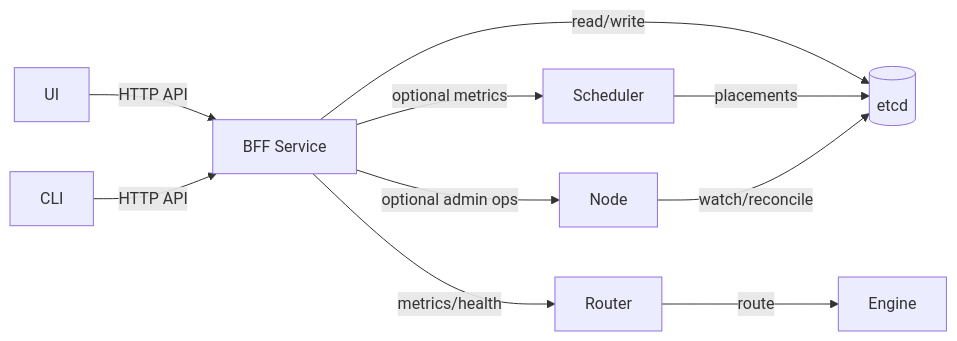
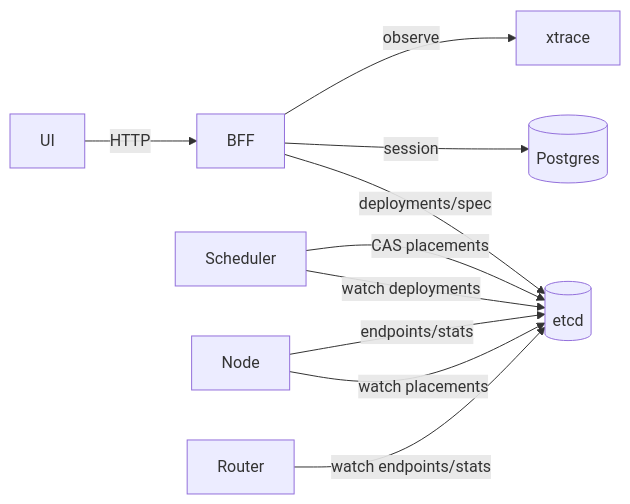
Before and after one commit to EeroEternal/nebula: the diagram in docs/dev/bff/architecture.md, drawn with Mermaid. The commit also changed other lines of this file and 27 other files, not shown here.

````diff
--- a/docs/dev/bff/architecture.md
+++ b/docs/dev/bff/architecture.md
@@ -5,14 +8,12 @@
 ```mermaid
 flowchart LR
-    UI[UI] -->|HTTP API| BFF[BFF Service]
-    CLI[CLI] -->|HTTP API| BFF
-
-    BFF -->|read/write| ETCD[(etcd)]
-    BFF -->|metrics/health| Router[Router]
-    BFF -->|optional admin ops| Node[Node]
-    BFF -->|optional metrics| Scheduler[Scheduler]
-
-    Router -->|route| Engine[Engine]
-    Scheduler -->|placements| ETCD
-    Node -->|watch/reconcile| ETCD
+    UI[UI] -->|HTTP| BFF[BFF]
+    BFF -->|deployments/spec| ETCD[(etcd)]
+    BFF -->|session| PG[(Postgres)]
+    BFF -->|observe| XT[xtrace]
+    SCH[Scheduler] -->|watch deployments| ETCD
+    SCH -->|CAS placements| ETCD
+    NODE[Node] -->|watch placements| ETCD
+    NODE -->|endpoints/stats| ETCD
+    Router[Router] -->|watch endpoints/stats| ETCD
 ```
````
